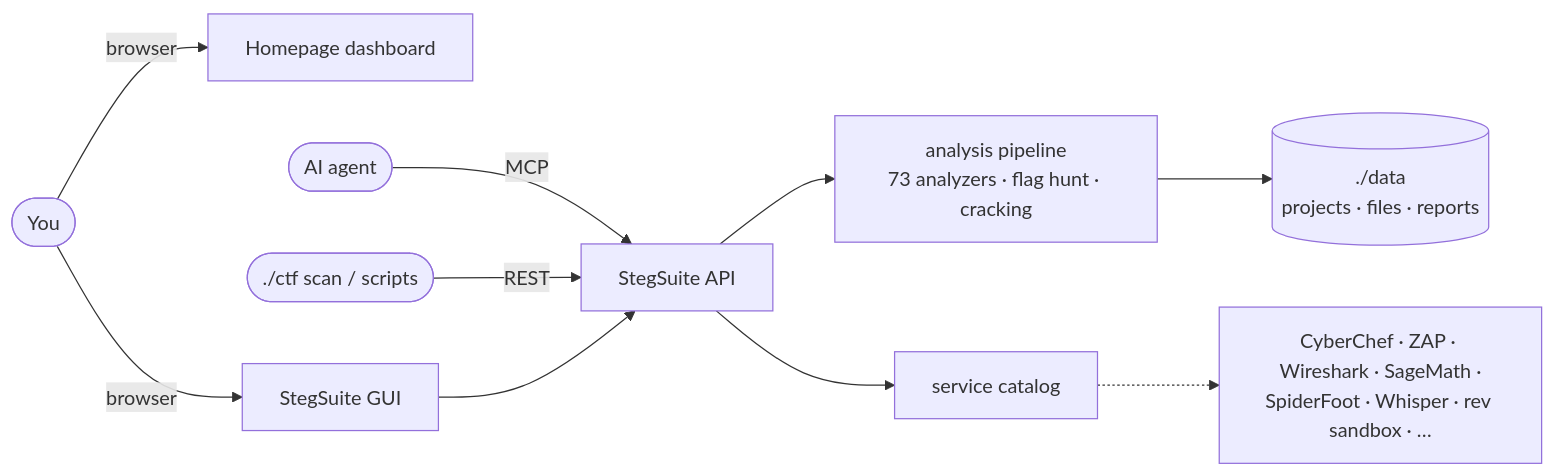
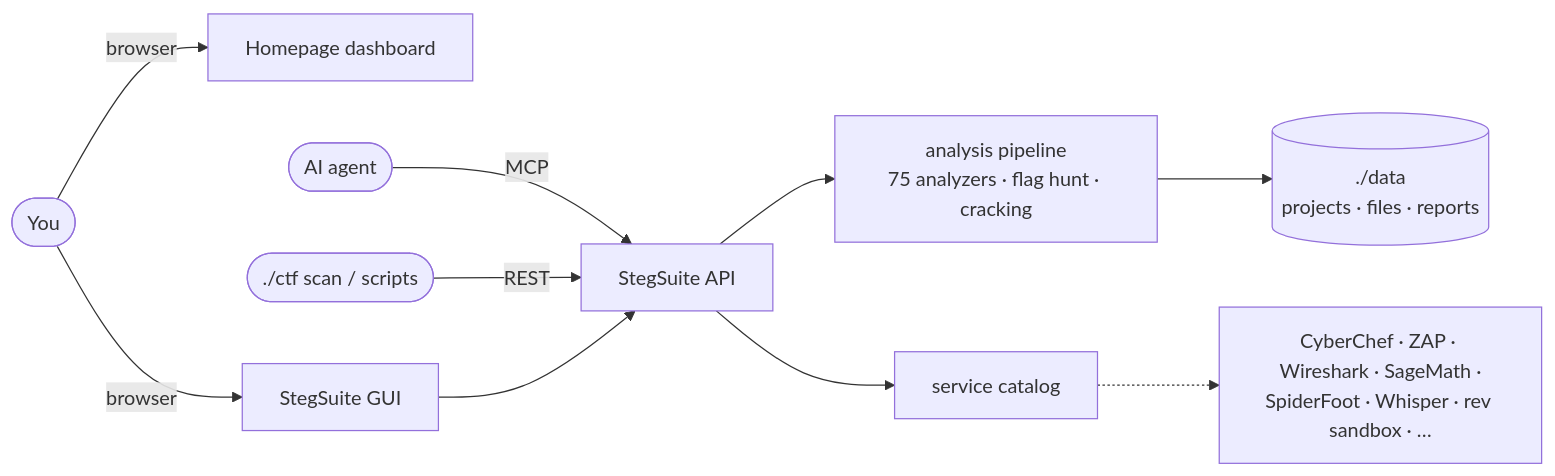
One commit to dexRand/ctf-docker changed the diagram in README.md. Above: the diagram before and after it, drawn with Mermaid. The commit also changed other lines of this file and 2 other files, not shown here.

First line of the commit message:
docs+test: 75 analyzers documented; 29 new real challenges to triage

````diff
--- a/README.md
+++ b/README.md
@@ -87,12 +87,12 @@
 ```mermaid
 flowchart LR
   you([You]) -->|browser| dash[Homepage dashboard]
   you -->|browser| ss[StegSuite GUI]
   agent([AI agent]) -->|MCP| api
   cli([./ctf scan / scripts]) -->|REST| api
   ss --> api[StegSuite API]
-  api --> pipe[analysis pipeline<br/>73 analyzers · flag hunt · cracking]
+  api --> pipe[analysis pipeline<br/>75 analyzers · flag hunt · cracking]
   pipe --> data[(./data<br/>projects · files · reports)]
   api --> svc[service catalog]
   svc -.-> tools[CyberChef · ZAP · Wireshark · SageMath ·<br/>SpiderFoot · Whisper · rev sandbox · …]
 ```
````
